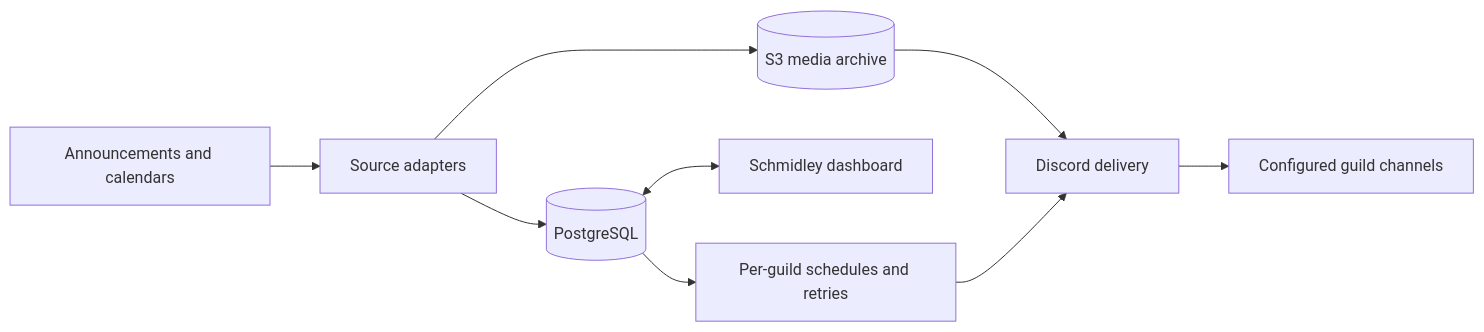
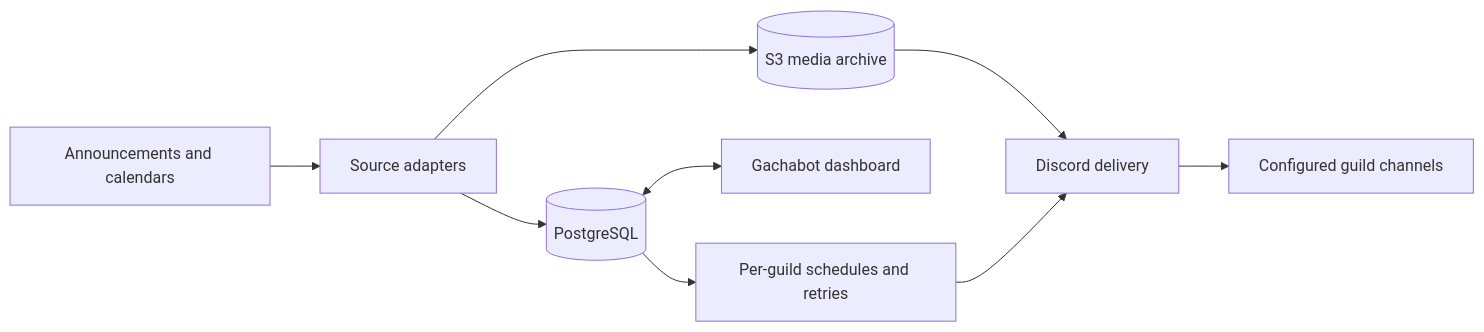
Before and after one commit to ShiroTsuma/Gachabot: the diagram in README.md, drawn with Mermaid. The commit also changed other lines of this file and 22 other files, not shown here.

````diff
--- a/README.md
+++ b/README.md
@@ -90,11 +90,11 @@
 ```mermaid
 flowchart LR
     Sources[Announcements and calendars] --> Import[Source adapters]
     Import --> Store[(PostgreSQL)]
     Import --> Media[(S3 media archive)]
-    Store <--> Dashboard[Schmidley dashboard]
+    Store <--> Dashboard[Gachabot dashboard]
     Store --> Queue[Per-guild schedules and retries]
     Media --> Delivery[Discord delivery]
     Queue --> Delivery
     Delivery --> Guilds[Configured guild channels]
 ```
````
